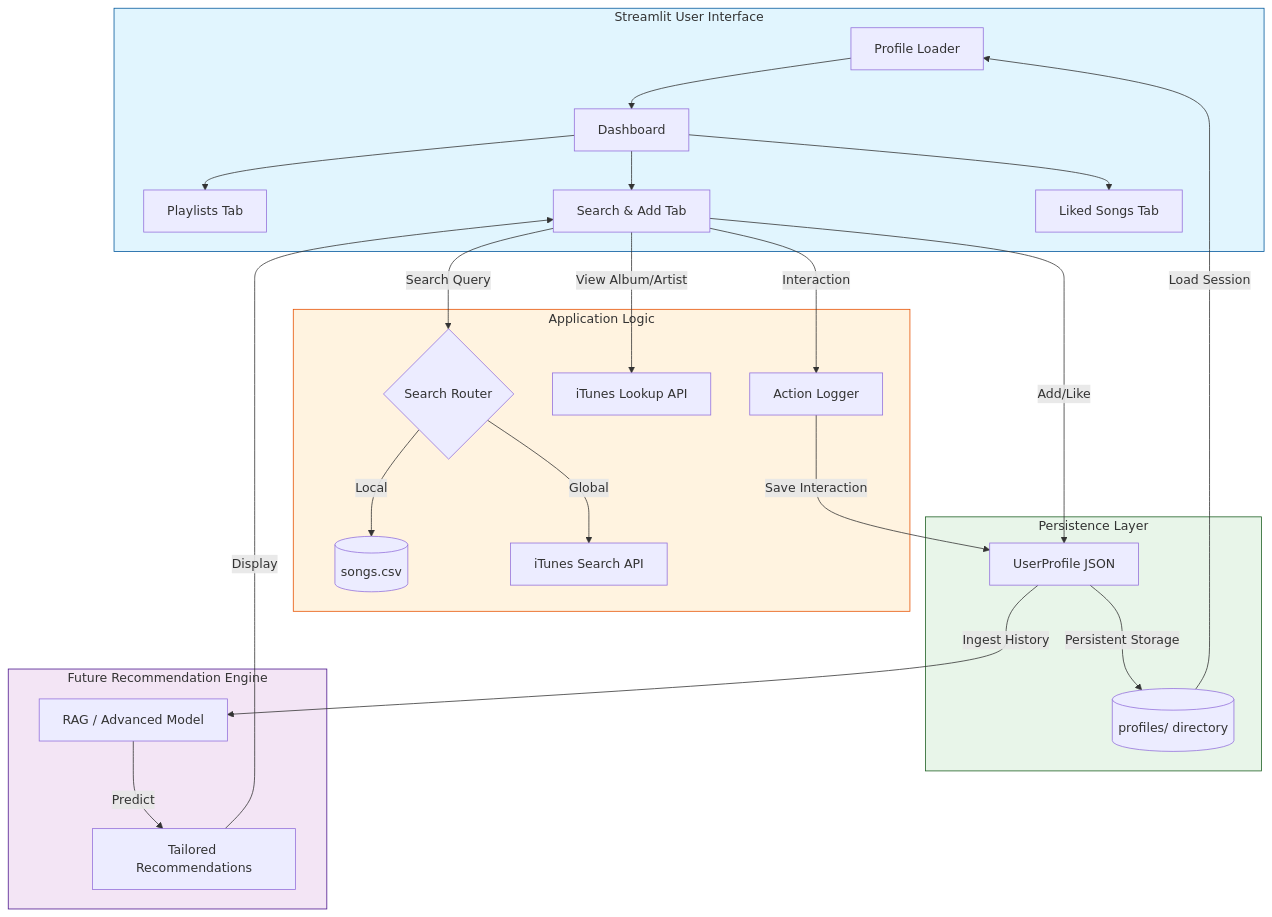
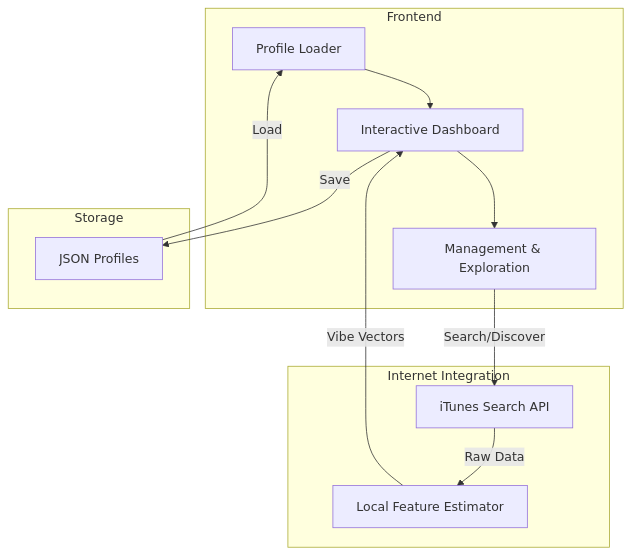
The second of 2 diagrams in UML.md (Einksul/ai110_music_recommender_extension), drawn with Mermaid before and after one commit. The commit also changed other lines of this file and 6 other files, not shown here.

````diff
--- a/UML.md
+++ b/UML.md
@@ -7,42 +39,18 @@
 ```mermaid
 graph TD
-    %% User Layer
-    subgraph UI [Streamlit User Interface]
-        A[Profile Loader] --> B[Dashboard]
-        B --> C1[Playlists Tab]
-        B --> C2[Search & Add Tab]
-        B --> C3[Liked Songs Tab]
+    subgraph UI [Frontend]
+        A[Profile Loader] --> B[Interactive Dashboard]
+        B --> C[Management & Exploration]
     end
 
-    %% Logic Layer
-    subgraph AppLogic [Application Logic]
-        C2 -- Search Query --> D{Search Router}
-        D -- Local --> E[(songs.csv)]
-        D -- Global --> F[iTunes Search API]
-        
-        C2 -- View Album/Artist --> G[iTunes Lookup API]
-        
-        C2 -- Interaction --> H[Action Logger]
+    subgraph RAG [Internet Integration]
+        C -- Search/Discover --> D[iTunes Search API]
+        D -- Raw Data --> E[Local Feature Estimator]
+        E -- Vibe Vectors --> B
     end
 
-    %% Data Layer
-    subgraph Data [Persistence Layer]
-        H -- Save Interaction --> I[UserProfile JSON]
-        C2 -- Add/Like --> I
-        I -- Persistent Storage --> J[(profiles/ directory)]
-        J -- Load Session --> A
+    subgraph Data [Storage]
+        B -- Save --> F[JSON Profiles]
+        F -- Load --> A
     end
-
-    %% Future Phase
-    subgraph ML [Future Recommendation Engine]
-        I -- Ingest History --> K[RAG / Advanced Model]
-        K -- Predict --> L[Tailored Recommendations]
-        L -- Display --> C2
-    end
-
-    %% Styling
-    style UI fill:#e1f5fe,stroke:#01579b
-    style AppLogic fill:#fff3e0,stroke:#e65100
-    style Data fill:#e8f5e9,stroke:#1b5e20
-    style ML fill:#f3e5f5,stroke:#4a148c
 ```
````
